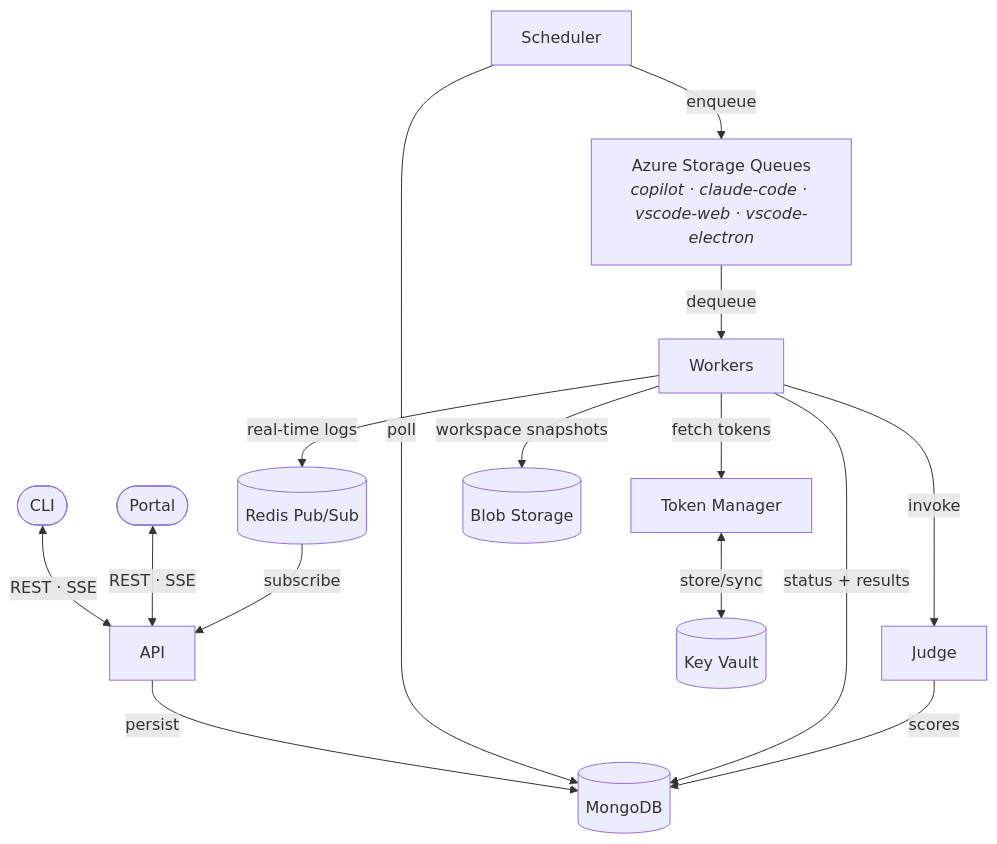
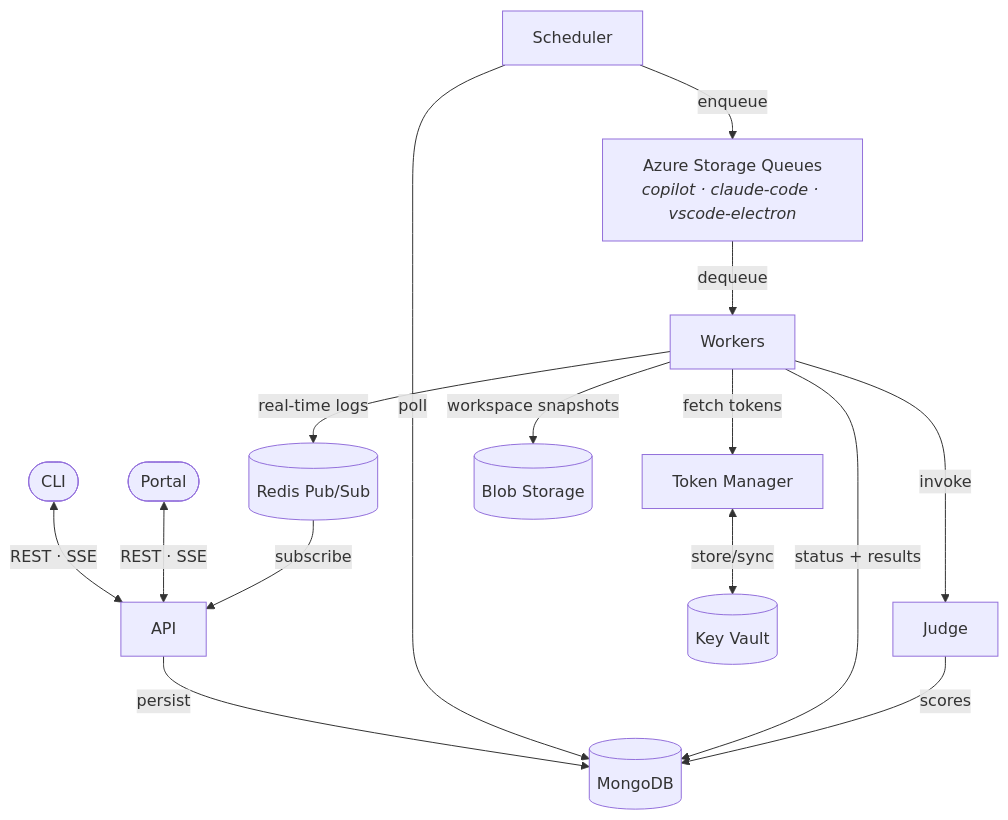
Before and after one commit to Gile987/scope: the first of 2 diagrams in README.md, drawn with Mermaid. The commit also changed other lines of this file, not shown here.

First line of the commit message:
docs(readme): drop deprecated VS Code Web worker references

````diff
--- a/README.md
+++ b/README.md
@@ -30,31 +29,31 @@
 ```mermaid
 flowchart TB
     CLI([CLI])
     Portal([Portal])
     API[API]
     Scheduler[Scheduler]
     Judge[Judge]
     TM[Token Manager]
 
-    Queues["Azure Storage Queues<br/><i>copilot · claude-code · vscode-web · vscode-electron</i>"]
+    Queues["Azure Storage Queues<br/><i>copilot · claude-code · vscode-electron</i>"]
 
     MongoDB[(MongoDB)]
     Redis[(Redis Pub/Sub)]
     Blob[(Blob Storage)]
     KV[(Key Vault)]
 
     CLI <-->|REST · SSE| API
     Portal <-->|REST · SSE| API
     API -->|persist| MongoDB
     Scheduler -->|poll| MongoDB
     Scheduler -->|enqueue| Queues
     Queues -->|dequeue| Workers
     Workers -->|status + results| MongoDB
     Workers -->|real-time logs| Redis
     Workers -->|workspace snapshots| Blob
     Workers -->|fetch tokens| TM
     Workers -->|invoke| Judge
     Judge -->|scores| MongoDB
     Redis -->|subscribe| API
     TM <-->|store/sync| KV
 ```
````
